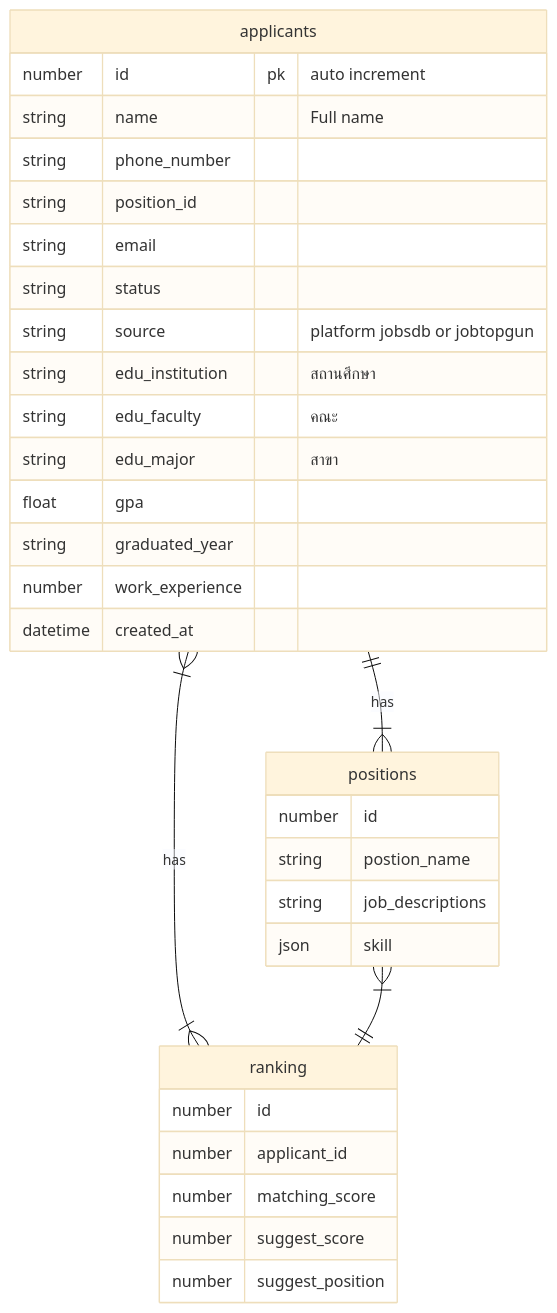
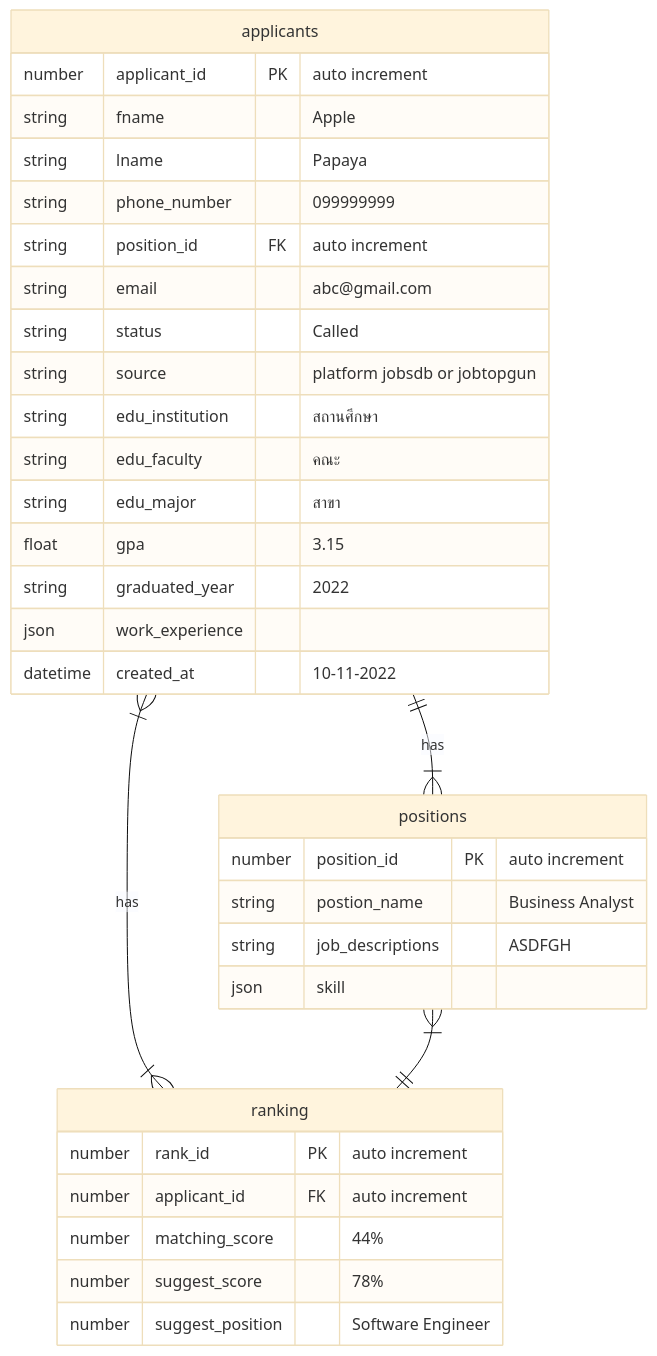
The diagram in er.md (Thanapheem/diagram), drawn with Mermaid (base theme) before and after one commit.

````diff
--- a/er.md
+++ b/er.md
@@ -1,35 +1,36 @@
 ```mermaid
 erDiagram
 applicants ||--|{positions: has
 applicants }|--|{ ranking: has
 positions }|--|| ranking: ""
 applicants {
-number id pk "auto increment"
-string name   "Full name"
-string phone_number 
-string position_id
-string email
-string status
+number applicant_id PK "auto increment"
+string fname   "Apple"
+string lname   "Papaya"
+string phone_number "099999999"
+string position_id FK"auto increment"
+string email "abc@gmail.com"
+string status "Called"
 string source "platform jobsdb or jobtopgun"
 string edu_institution "สถานศึกษา"
 string edu_faculty "คณะ"
-string edu_major "สาขา" 
-float gpa
-string graduated_year ""
-number work_experience 
-datetime created_at  
+string edu_major "สาขา"
+float gpa "3.15"
+string graduated_year "2022"
+json work_experience ""
+datetime created_at  "10-11-2022"
 }
 positions {
-number id
-string postion_name
-string job_descriptions
-json skill
+number position_id PK "auto increment"
+string postion_name "Business Analyst"
+string job_descriptions "ASDFGH"
+json skill ""
 }
 ranking {
-number id
-number applicant_id
-number matching_score
-number suggest_score
-number suggest_position
+number rank_id PK "auto increment"
+number applicant_id FK "auto increment"
+number matching_score "44%"
+number suggest_score "78%"
+number suggest_position "Software Engineer"
 }
 ```
````
